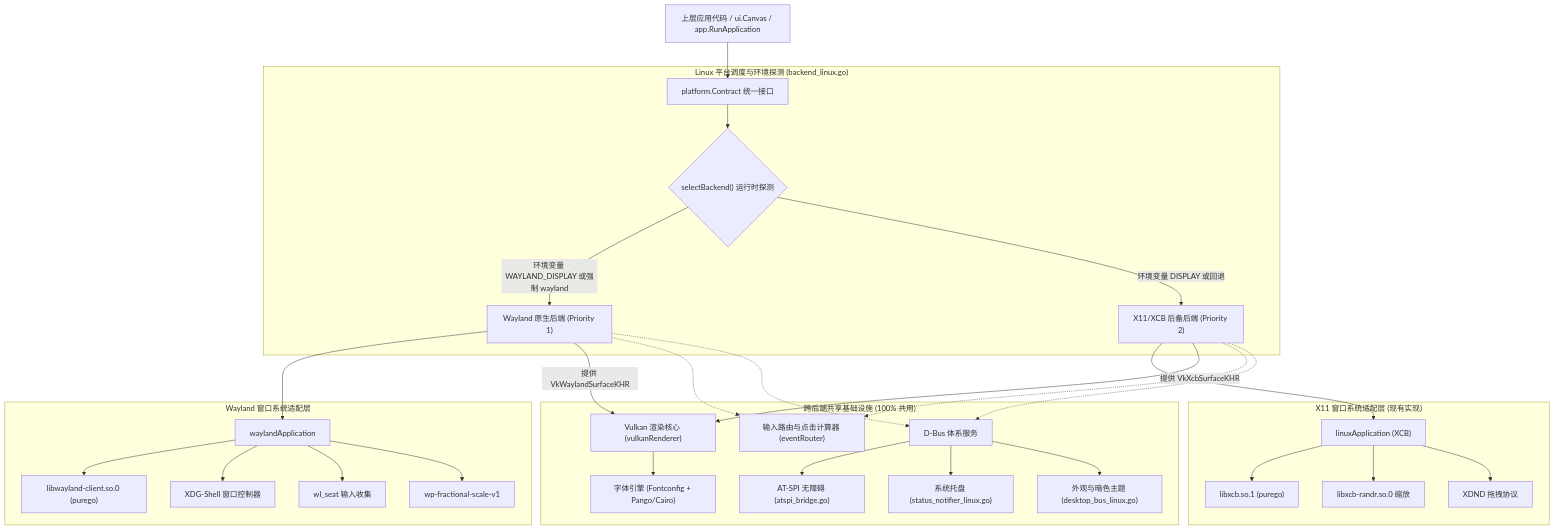
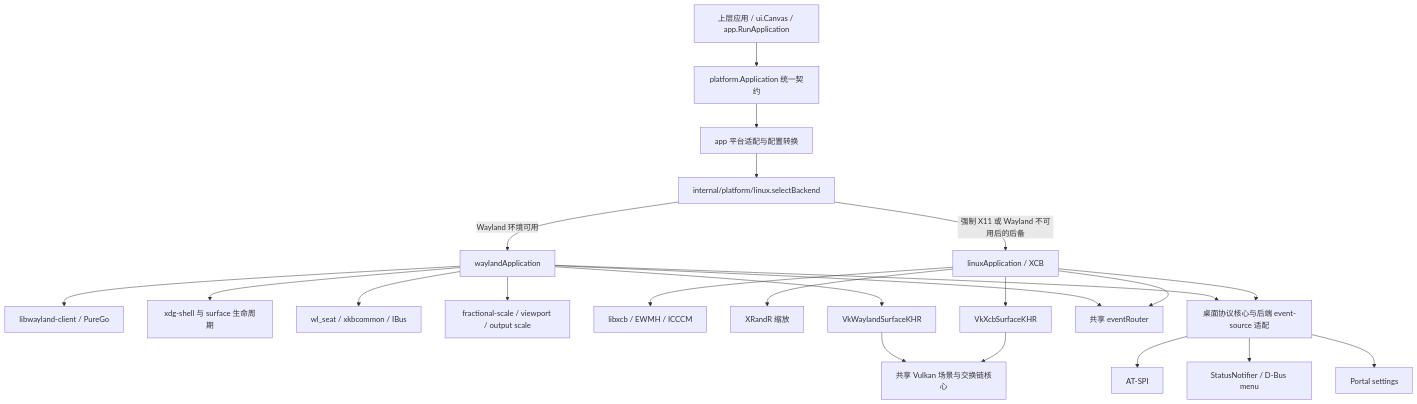
Before and after one commit to onenewcode/viva: the first of 3 diagrams in docs/wayland/01-architecture-overview.md, drawn with Mermaid. The commit also changed other lines of this file and 2 other files, not shown here.

Commit message:
docs(wayland): define protocol-correct target architecture

````diff
--- a/docs/wayland/01-architecture-overview.md
+++ b/docs/wayland/01-architecture-overview.md
@@ -17,42 +24,31 @@
 ```mermaid
 flowchart TD
-    AppLayer["上层应用代码 / ui.Canvas / app.RunApplication"] --> PlatformContract["platform.Contract 统一接口"]
+    App["上层应用 / ui.Canvas / app.RunApplication"] --> Contract["platform.Application 统一契约"]
+    Contract --> Adapter["app 平台适配与配置转换"]
+    Adapter --> Select["internal/platform/linux.selectBackend"]
 
-    subgraph Linux_Dispatcher["Linux 平台调度与环境探测 (backend_linux.go)"]
-        PlatformContract --> SelectBackend{"selectBackend() 运行时探测"}
-        SelectBackend -->|"环境变量 WAYLAND_DISPLAY 或强制 wayland"| WaylandBranch["Wayland 原生后端 (Priority 1)"]
-        SelectBackend -->|"环境变量 DISPLAY 或回退"| X11Branch["X11/XCB 后备后端 (Priority 2)"]
-    end
+    Select -->|"Wayland 环境可用"| Wayland["waylandApplication"]
+    Select -->|"强制 X11 或 Wayland 不可用后的后备"| X11["linuxApplication / XCB"]
 
-    subgraph Wayland_Adapter["Wayland 窗口系统适配层"]
-        WaylandBranch --> WaylandApp["waylandApplication"]
-        WaylandApp --> WClient["libwayland-client.so.0 (purego)"]
-        WaylandApp --> XDG["XDG-Shell 窗口控制器"]
-        WaylandApp --> WSeat["wl_seat 输入收集"]
-        WaylandApp --> WScale["wp-fractional-scale-v1"]
-    end
+    Wayland --> WClient["libwayland-client / PureGo"]
+    Wayland --> XDG["xdg-shell 与 surface 生命周期"]
+    Wayland --> Seat["wl_seat / xkbcommon / IBus"]
+    Wayland --> Scale["fractional-scale / viewport / output scale"]
 
-    subgraph X11_Adapter["X11 窗口系统适配层 (现有实现)"]
-        X11Branch --> X11App["linuxApplication (XCB)"]
-        X11App --> XCB["libxcb.so.1 (purego)"]
-        X11App --> XRandR["libxcb-randr.so.0 缩放"]
-        X11App --> XDND["XDND 拖拽协议"]
-    end
+    X11 --> XCB["libxcb / EWMH / ICCCM"]
+    X11 --> RandR["XRandR 缩放"]
 
-    subgraph Shared_Infrastructure["跨后端共享基础设施 (100% 共用)"]
-        WaylandBranch -->|"提供 VkWaylandSurfaceKHR"| VulkanPipeline["Vulkan 渲染核心 (vulkanRenderer)"]
-        X11Branch -->|"提供 VkXcbSurfaceKHR"| VulkanPipeline
-        
-        WaylandBranch -.-> EventRouter["输入路由与点击计算器 (eventRouter)"]
-        X11Branch -.-> EventRouter
+    Wayland --> WSI["VkWaylandSurfaceKHR"]
+    X11 --> XSI["VkXcbSurfaceKHR"]
+    WSI --> Vulkan["共享 Vulkan 场景与交换链核心"]
+    XSI --> Vulkan
 
-        WaylandBranch -.-> DBusServices["D-Bus 体系服务"]
-        X11Branch -.-> DBusServices
-        
-        DBusServices --> ATSPI["AT-SPI 无障碍 (atspi_bridge.go)"]
-        DBusServices --> SNI["系统托盘 (status_notifier_linux.go)"]
-        DBusServices --> Portal["外观与暗色主题 (desktop_bus_linux.go)"]
+    Wayland --> Router["共享 eventRouter"]
+    X11 --> Router
 
-        VulkanPipeline --> FontEngine["字体引擎 (Fontconfig + Pango/Cairo)"]
-    end
+    Wayland --> Desktop["桌面协议核心与后端 event-source 适配"]
+    X11 --> Desktop
+    Desktop --> ATSPI["AT-SPI"]
+    Desktop --> Tray["StatusNotifier / D-Bus menu"]
+    Desktop --> Portal["Portal settings"]
 ```
````
